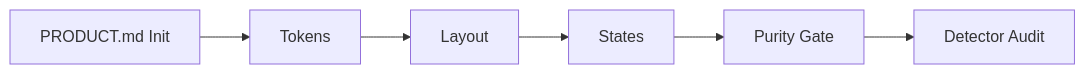
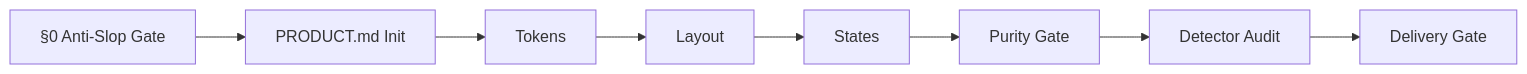
One commit to giriedu/maxilun changed the diagram in skills/msal-craft/SKILL.md. Above: the diagram before and after it, drawn with Mermaid. The commit also changed other lines of this file and 32 other files, not shown here.

Commit message:
feat: enhance anti-slop intelligence, 7 quality engines, and rename orchestrator skill to maxilun

````diff
--- a/skills/msal-craft/SKILL.md
+++ b/skills/msal-craft/SKILL.md
@@ -40,8 +169,10 @@
 ```mermaid
 flowchart LR
-    A[PRODUCT.md Init] --> B[Tokens]
-    B --> C[Layout]
-    C --> D[States]
-    D --> E[Purity Gate]
-    E --> F[Detector Audit]
+    A[§0 Anti-Slop Gate] --> B[PRODUCT.md Init]
+    B --> C[Tokens]
+    C --> D[Layout]
+    D --> E[States]
+    E --> F[Purity Gate]
+    F --> G[Detector Audit]
+    G --> H[Delivery Gate]
 ```
````
